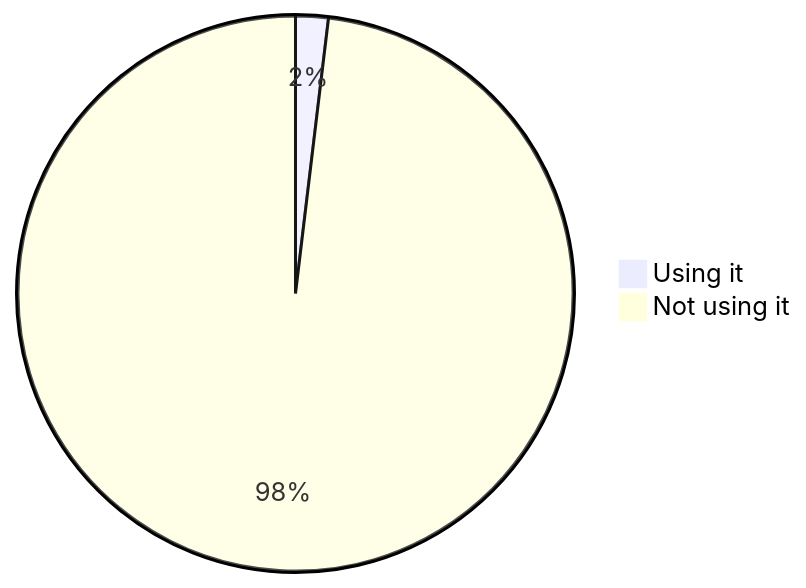
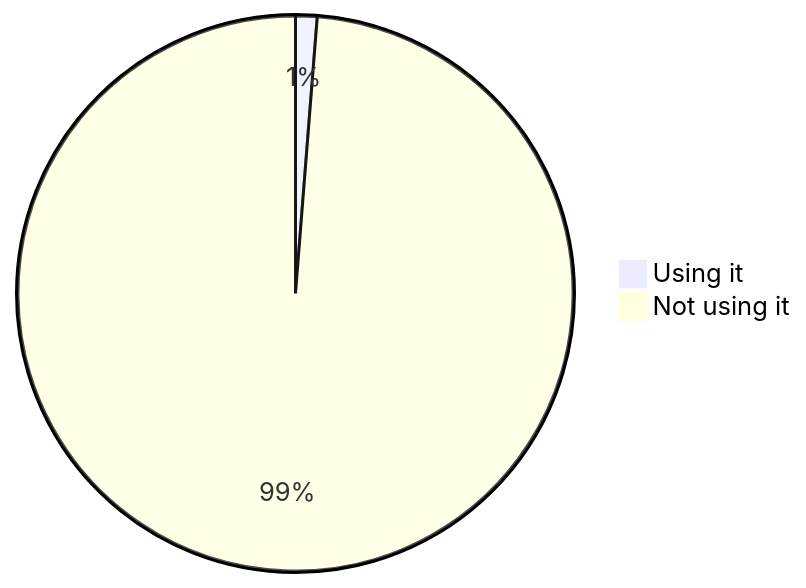
The sixth of 22 diagrams in stats.md (oshp/oshp-stats), drawn with Mermaid before and after one commit. The commit also changed other lines of this file, not shown here.

````diff
--- a/stats.md
+++ b/stats.md
@@ -82,6 +70,6 @@
 ```mermaid
 pie
-	"Using it" : 1.9
-	"Not using it" : 98.1
+	"Using it" : 1.25
+	"Not using it" : 98.75
 
 ```
````
